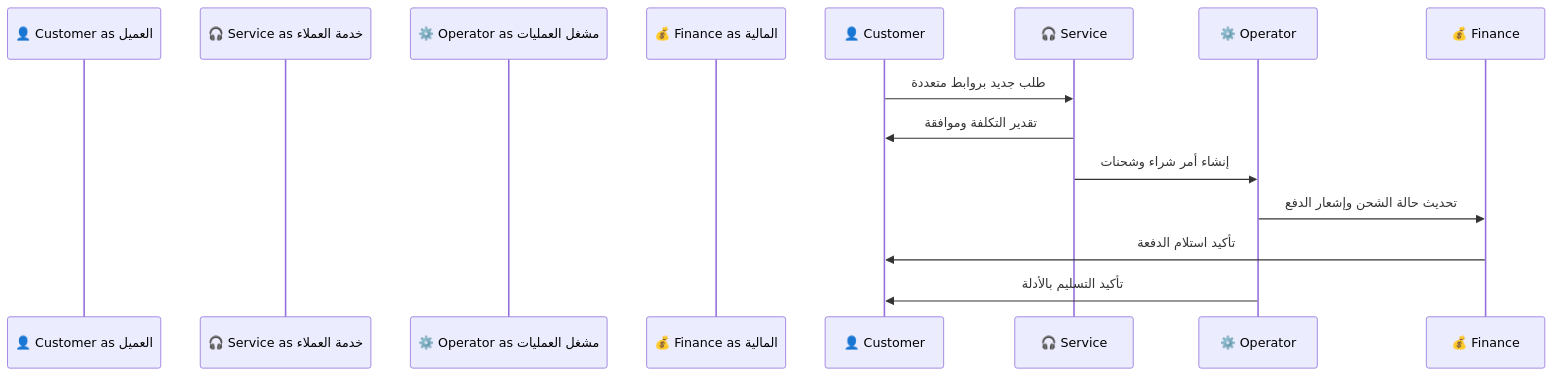
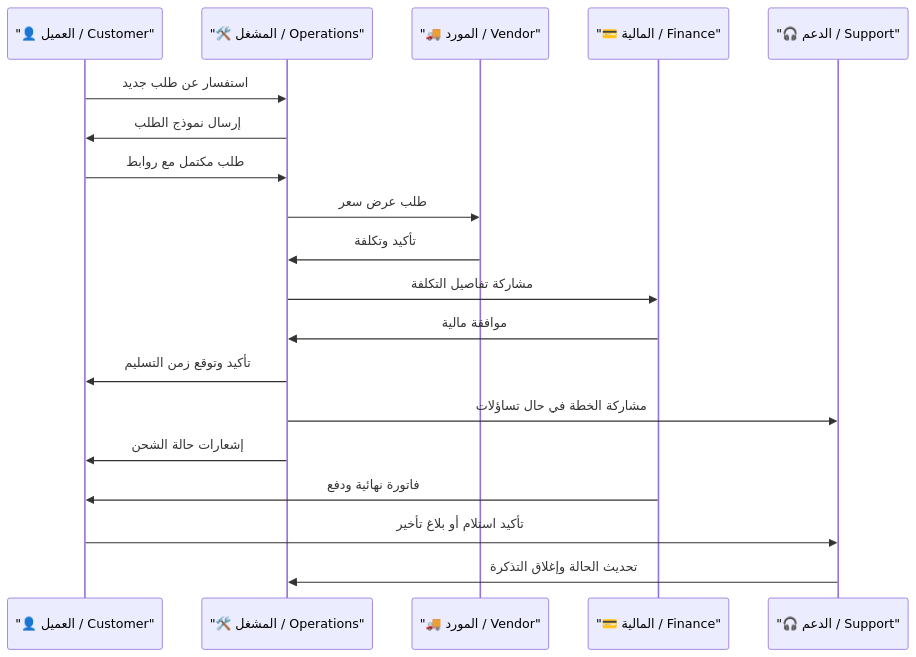
Before and after one commit to Ash69g/Documentation-Study: the sixth of 6 diagrams in docs/04-use-cases/04-use-cases.md, drawn with Mermaid. The commit also changed other lines of this file and 3 other files, not shown here.

````diff
--- a/docs/04-use-cases/04-use-cases.md
+++ b/docs/04-use-cases/04-use-cases.md
@@ -183,13 +336,22 @@
 ```mermaid
 sequenceDiagram
-  participant 👤 Customer as العميل
-  participant 🎧 Service as خدمة العملاء
-  participant ⚙️ Operator as مشغل العمليات
-  participant 💰 Finance as المالية
-  👤 Customer->>🎧 Service: طلب جديد بروابط متعددة
-  🎧 Service->>👤 Customer: تقدير التكلفة وموافقة
-  🎧 Service->>⚙️ Operator: إنشاء أمر شراء وشحنات
-  ⚙️ Operator->>💰 Finance: تحديث حالة الشحن وإشعار الدفع
-  💰 Finance->>👤 Customer: تأكيد استلام الدفعة
-  ⚙️ Operator->>👤 Customer: تأكيد التسليم بالأدلة
+  participant Customer as "👤 العميل / Customer"
+  participant Ops as "🛠️ المشغل / Operations"
+  participant Vendor as "🚚 المورد / Vendor"
+  participant Finance as "💳 المالية / Finance"
+  participant Support as "🎧 الدعم / Support"
+
+  Customer->>Ops: استفسار عن طلب جديد
+  Ops->>Customer: إرسال نموذج الطلب
+  Customer->>Ops: طلب مكتمل مع روابط
+  Ops->>Vendor: طلب عرض سعر
+  Vendor->>Ops: تأكيد وتكلفة
+  Ops->>Finance: مشاركة تفاصيل التكلفة
+  Finance->>Ops: موافقة مالية
+  Ops->>Customer: تأكيد وتوقع زمن التسليم
+  Ops->>Support: مشاركة الخطة في حال تساؤلات
+  Ops->>Customer: إشعارات حالة الشحن
+  Finance->>Customer: فاتورة نهائية ودفع
+  Customer->>Support: تأكيد استلام أو بلاغ تأخير
+  Support->>Ops: تحديث الحالة وإغلاق التذكرة
 ```
````
